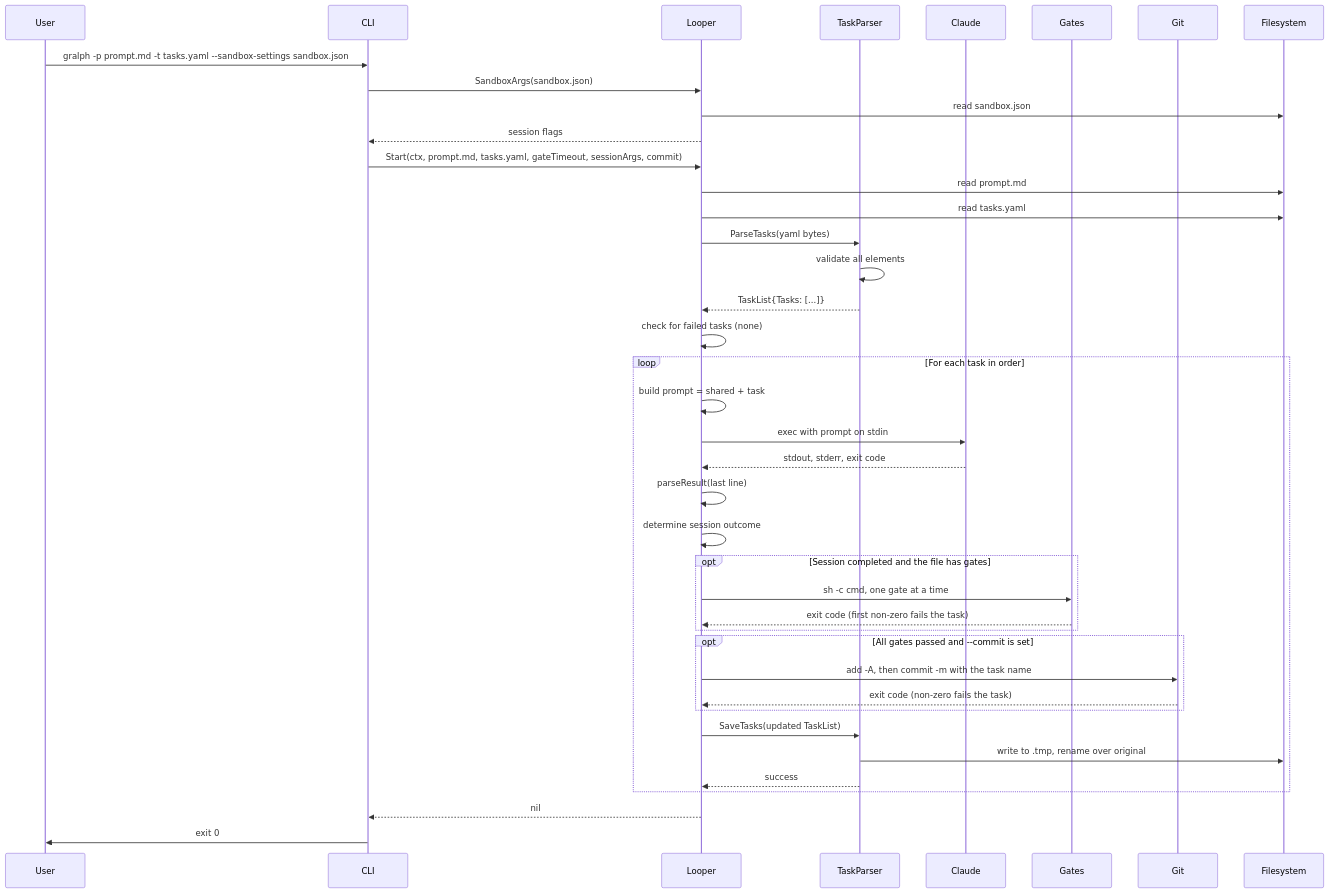
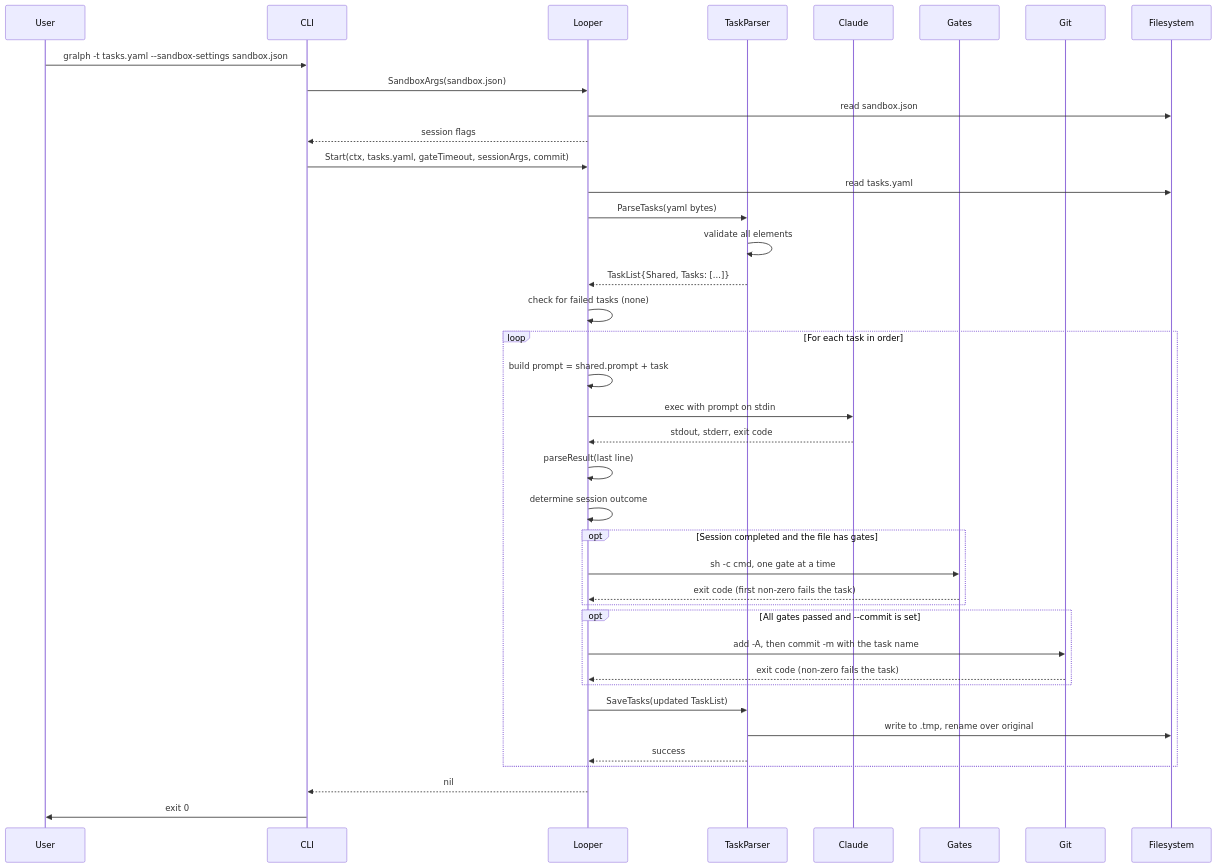
The second of 6 diagrams in docs/architecture/03_system_architecture.md (twistingmercury/gralph), drawn with Mermaid before and after one commit. The commit also changed other lines of this file and 55 other files, not shown here.

First line of the commit message:
Put the shared prompt in tasks.yaml; remove prompt.md and -p (#31)

````diff
--- a/docs/architecture/03_system_architecture.md
+++ b/docs/architecture/03_system_architecture.md
@@ -314,43 +313,42 @@
 ```mermaid
 sequenceDiagram
     participant User
     participant CLI
     participant Looper
     participant TaskParser
     participant Claude
     participant Gates
     participant Git
     participant Filesystem
 
-    User->>CLI: gralph -p prompt.md -t tasks.yaml --sandbox-settings sandbox.json
+    User->>CLI: gralph -t tasks.yaml --sandbox-settings sandbox.json
     CLI->>Looper: SandboxArgs(sandbox.json)
     Looper->>Filesystem: read sandbox.json
     Looper-->>CLI: session flags
-    CLI->>Looper: Start(ctx, prompt.md, tasks.yaml, gateTimeout, sessionArgs, commit)
-    Looper->>Filesystem: read prompt.md
+    CLI->>Looper: Start(ctx, tasks.yaml, gateTimeout, sessionArgs, commit)
     Looper->>Filesystem: read tasks.yaml
     Looper->>TaskParser: ParseTasks(yaml bytes)
     TaskParser->>TaskParser: validate all elements
-    TaskParser-->>Looper: TaskList{Tasks: [...]}
+    TaskParser-->>Looper: TaskList{Shared, Tasks: [...]}
     Looper->>Looper: check for failed tasks (none)
     loop For each task in order
-        Looper->>Looper: build prompt = shared + task
+        Looper->>Looper: build prompt = shared.prompt + task
         Looper->>Claude: exec with prompt on stdin
         Claude-->>Looper: stdout, stderr, exit code
         Looper->>Looper: parseResult(last line)
         Looper->>Looper: determine session outcome
         opt Session completed and the file has gates
             Looper->>Gates: sh -c cmd, one gate at a time
             Gates-->>Looper: exit code (first non-zero fails the task)
         end
         opt All gates passed and --commit is set
             Looper->>Git: add -A, then commit -m with the task name
             Git-->>Looper: exit code (non-zero fails the task)
         end
         Looper->>TaskParser: SaveTasks(updated TaskList)
         TaskParser->>Filesystem: write to .tmp, rename over original
         TaskParser-->>Looper: success
     end
     Looper-->>CLI: nil
     CLI->>User: exit 0
 ```
````
